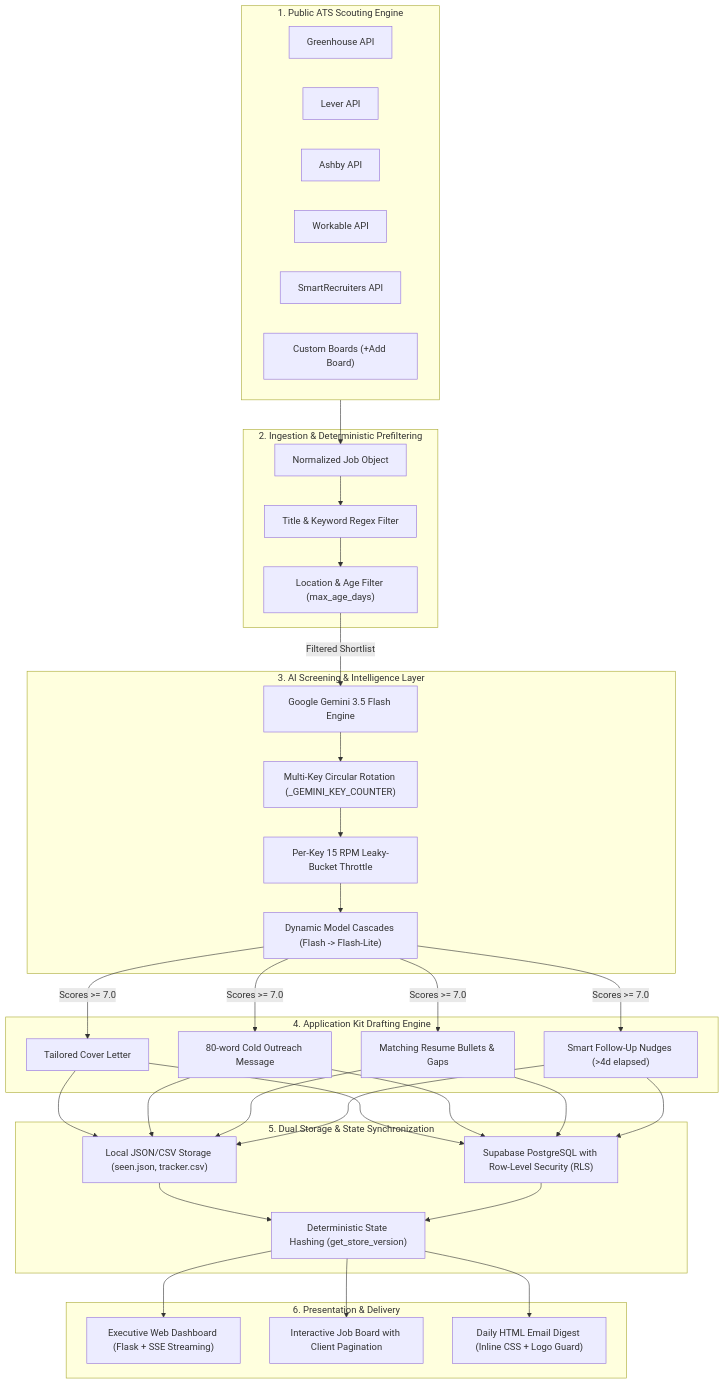
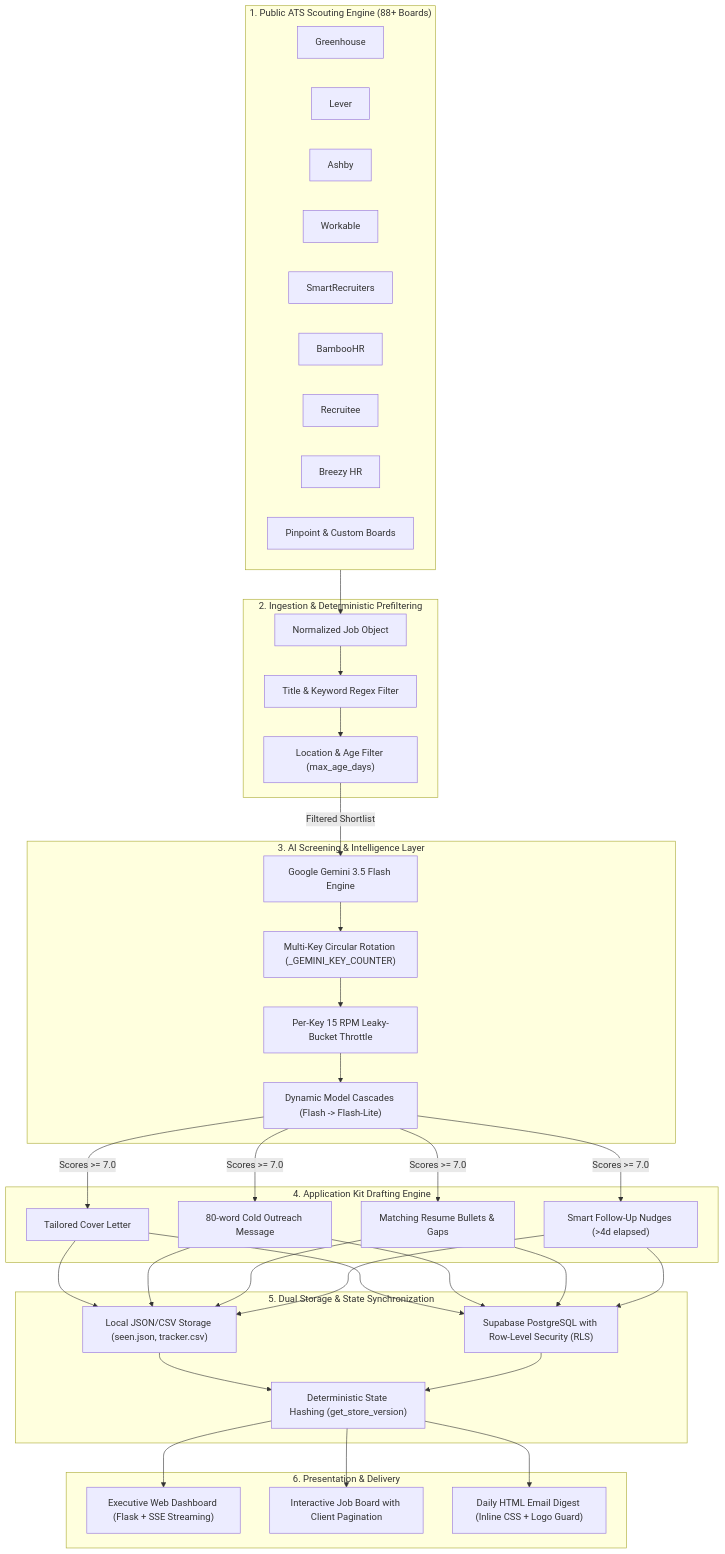
Before and after one commit to tanish-jain-225/job-hunter: the diagram in docs/ARCHITECTURE.md, drawn with Mermaid. The commit also changed other lines of this file and 5 other files, not shown here.

Commit message:
docs: add project readiness, architecture, deployment, and operational metrics documentation

````diff
--- a/docs/ARCHITECTURE.md
+++ b/docs/ARCHITECTURE.md
@@ -26,45 +26,46 @@
 ```mermaid
 flowchart TD
-    subgraph S1["1. Public ATS Scouting Engine"]
-        A1["Greenhouse API"] & A2["Lever API"] & A3["Ashby API"]
-        A4["Workable API"] & A5["SmartRecruiters API"] & A6["Custom Boards (+Add Board)"]
+    subgraph S1["1. Public ATS Scouting Engine (88+ Boards)"]
+        A1["Greenhouse"] & A2["Lever"] & A3["Ashby"]
+        A4["Workable"] & A5["SmartRecruiters"] & A6["BambooHR"]
+        A7["Recruitee"] & A8["Breezy HR"] & A9["Pinpoint & Custom Boards"]
     end
 
     subgraph S2["2. Ingestion & Deterministic Prefiltering"]
         B1["Normalized Job Object"]
         B2["Title & Keyword Regex Filter"]
         B3["Location & Age Filter (max_age_days)"]
     end
 
     subgraph S3["3. AI Screening & Intelligence Layer"]
         C1["Google Gemini 3.5 Flash Engine"]
         C2["Multi-Key Circular Rotation (_GEMINI_KEY_COUNTER)"]
         C3["Per-Key 15 RPM Leaky-Bucket Throttle"]
         C4["Dynamic Model Cascades (Flash -> Flash-Lite)"]
     end
 
     subgraph S4["4. Application Kit Drafting Engine"]
         D1["Tailored Cover Letter"]
         D2["80-word Cold Outreach Message"]
         D3["Matching Resume Bullets & Gaps"]
         D4["Smart Follow-Up Nudges (>4d elapsed)"]
     end
 
     subgraph S5["5. Dual Storage & State Synchronization"]
         E1["Local JSON/CSV Storage (seen.json, tracker.csv)"]
         E2["Supabase PostgreSQL with Row-Level Security (RLS)"]
         E3["Deterministic State Hashing (get_store_version)"]
     end
 
     subgraph S6["6. Presentation & Delivery"]
         F1["Executive Web Dashboard (Flask + SSE Streaming)"]
         F2["Interactive Job Board with Client Pagination"]
         F3["Daily HTML Email Digest (Inline CSS + Logo Guard)"]
     end
 
     S1 --> B1 --> B2 --> B3
     B3 -->|Filtered Shortlist| C1 --> C2 --> C3 --> C4
     C4 -->|Scores >= 7.0| D1 & D2 & D3 & D4
     D1 & D2 & D3 & D4 --> E1 & E2 --> E3
     E3 --> F1 & F2 & F3
 ```
````
